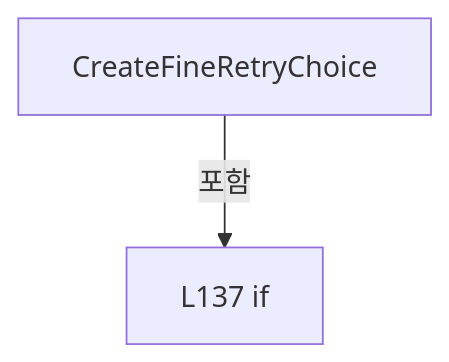
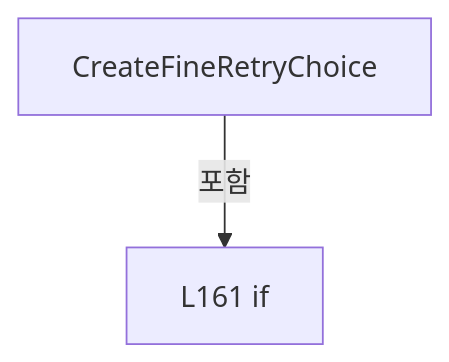
Before and after one commit to kjuws10-rgb/Shared: the fourth of 6 diagrams in A3 LD Code Ref/files/Drilling.UI/Popup/CRecipeConfirmDialog.xaml.cs.md, drawn with Mermaid. The commit also changed other lines of this file and 8055 other files, not shown here.

Commit message:
docs(a3): trace Stage Glass Data and refresh architecture and full code reference

````diff
--- a/A3 LD Code Ref/files/Drilling.UI/Popup/CRecipeConfirmDialog.xaml.cs.md
+++ b/A3 LD Code Ref/files/Drilling.UI/Popup/CRecipeConfirmDialog.xaml.cs.md
@@ -1000,6 +1100,6 @@
 ```mermaid
 flowchart TD
  M["CreateFineRetryChoice"]
- N0["L137 if"]
+ N0["L161 if"]
  M -->|포함| N0
 ```
````
